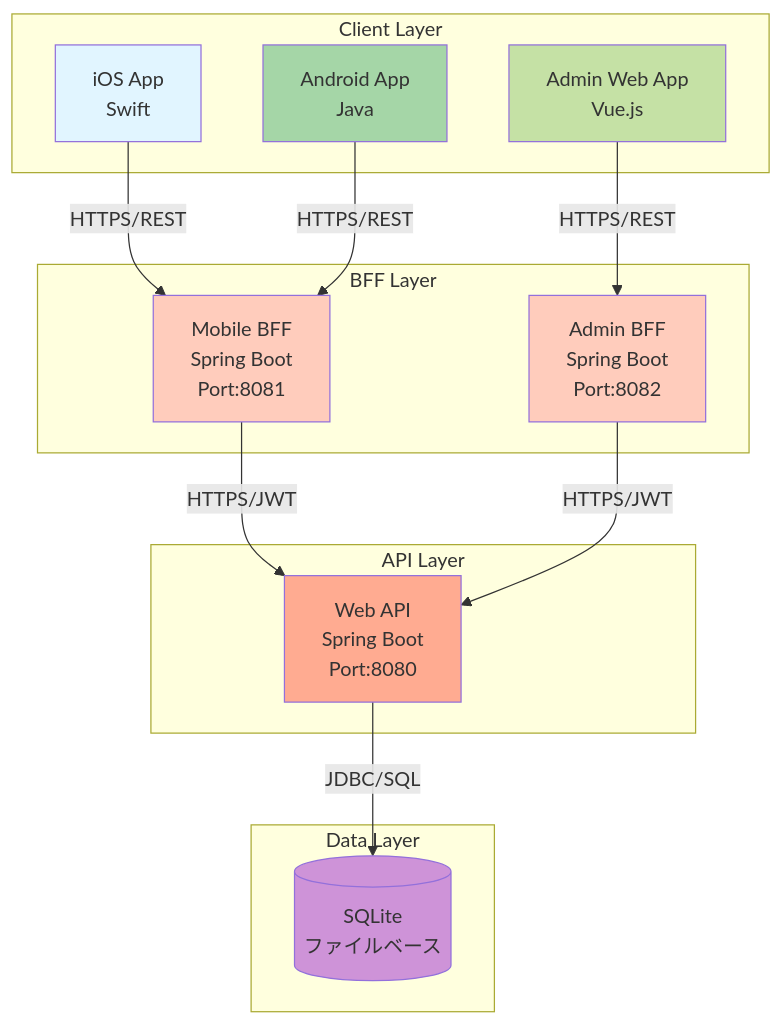
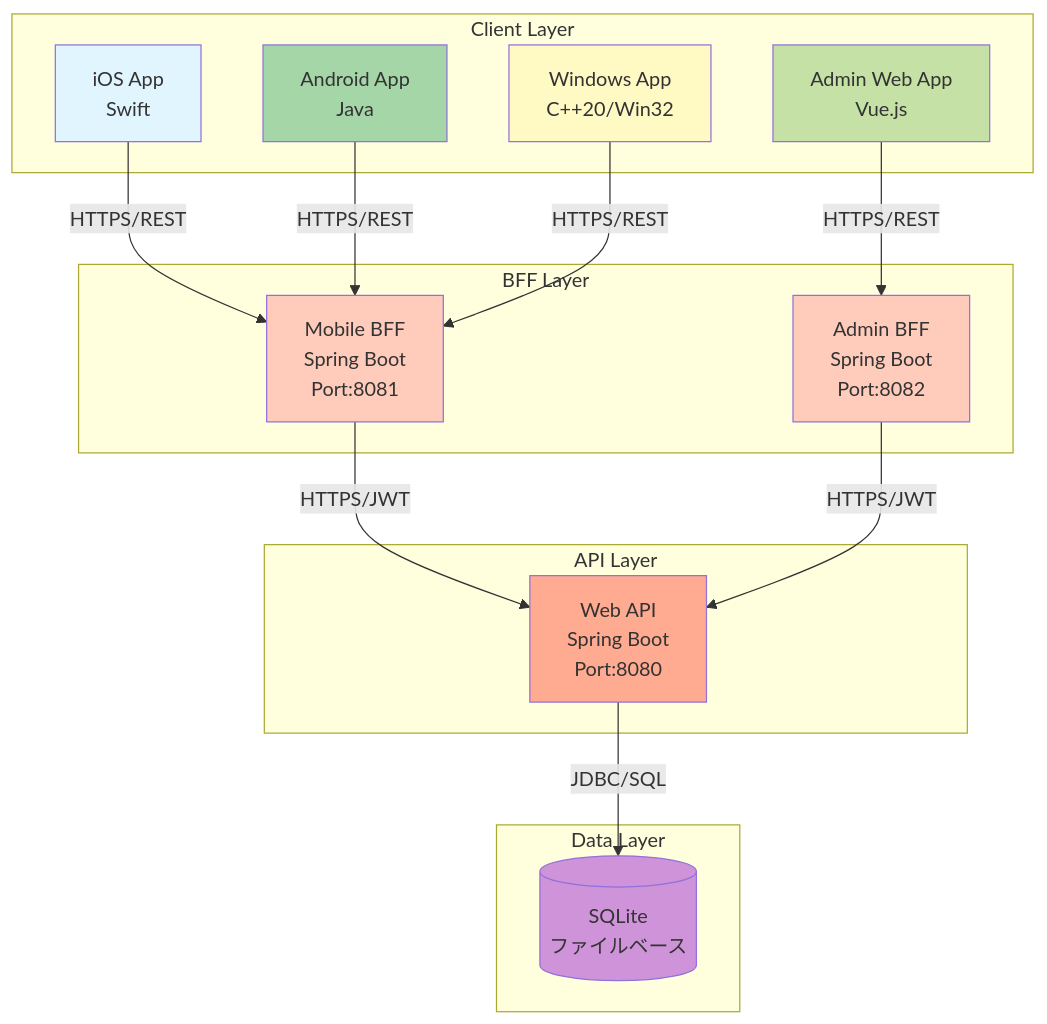
Before and after one commit to Takas0522/ws-demo-mobile-app: the second of 7 diagrams in docs/architecture/00-overview.md, drawn with Mermaid. The commit also changed other lines of this file and 3 other files, not shown here.

First line of the commit message:
docs: add Windows App (C++20/Win32/MVVM) to architecture documents

````diff
--- a/docs/architecture/00-overview.md
+++ b/docs/architecture/00-overview.md
@@ -67,36 +67,39 @@
 ```mermaid
 graph TB
     subgraph "Client Layer"
         iOS[iOS App<br/>Swift]
         Android[Android App<br/>Java]
+        Windows[Windows App<br/>C++20/Win32]
         AdminWeb[Admin Web App<br/>Vue.js]
     end
     
     subgraph "BFF Layer"
         MobileBFF[Mobile BFF<br/>Spring Boot<br/>Port:8081]
         AdminBFF[Admin BFF<br/>Spring Boot<br/>Port:8082]
     end
     
     subgraph "API Layer"
         WebAPI[Web API<br/>Spring Boot<br/>Port:8080]
     end
     
     subgraph "Data Layer"
         SQLite[(SQLite<br/>ファイルベース)]
     end
     
     iOS -->|HTTPS/REST| MobileBFF
     Android -->|HTTPS/REST| MobileBFF
+    Windows -->|HTTPS/REST| MobileBFF
     AdminWeb -->|HTTPS/REST| AdminBFF
     MobileBFF -->|HTTPS/JWT| WebAPI
     AdminBFF -->|HTTPS/JWT| WebAPI
     WebAPI -->|JDBC/SQL| SQLite
     
     style iOS fill:#e1f5ff
     style Android fill:#a5d6a7
+    style Windows fill:#fff9c4
     style AdminWeb fill:#c5e1a5
     style MobileBFF fill:#ffccbc
     style AdminBFF fill:#ffccbc
     style WebAPI fill:#ffab91
     style SQLite fill:#ce93d8
 ```
````
